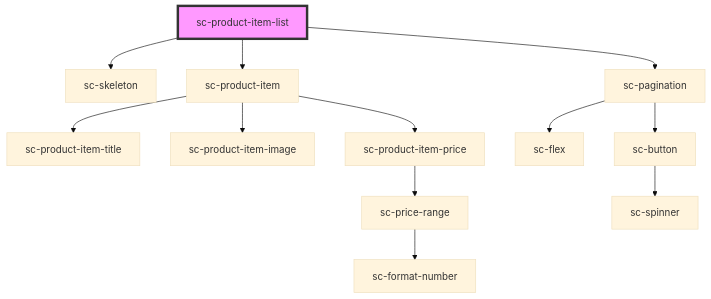
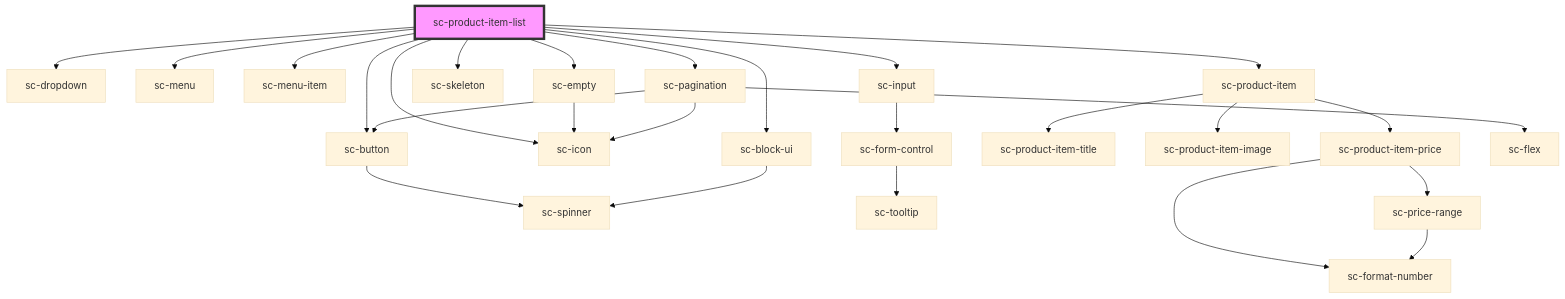
The diagram in packages/components/src/components/controllers/products/sc-product-item-list/readme.md (surecart/surecart-wp-plugin), drawn with Mermaid (base theme) before and after one commit. The commit also changed other lines of this file and 45 other files, not shown here.

````diff
--- a/packages/components/src/components/controllers/products/sc-product-item-list/readme.md
+++ b/packages/components/src/components/controllers/products/sc-product-item-list/readme.md
@@ -27,15 +41,29 @@
 ```mermaid
 graph TD;
+  sc-product-item-list --> sc-dropdown
+  sc-product-item-list --> sc-button
+  sc-product-item-list --> sc-menu
+  sc-product-item-list --> sc-menu-item
+  sc-product-item-list --> sc-input
+  sc-product-item-list --> sc-icon
+  sc-product-item-list --> sc-empty
   sc-product-item-list --> sc-skeleton
   sc-product-item-list --> sc-product-item
   sc-product-item-list --> sc-pagination
+  sc-product-item-list --> sc-block-ui
+  sc-button --> sc-spinner
+  sc-input --> sc-form-control
+  sc-form-control --> sc-tooltip
+  sc-empty --> sc-icon
   sc-product-item --> sc-product-item-title
   sc-product-item --> sc-product-item-image
   sc-product-item --> sc-product-item-price
+  sc-product-item-price --> sc-format-number
   sc-product-item-price --> sc-price-range
   sc-price-range --> sc-format-number
   sc-pagination --> sc-flex
   sc-pagination --> sc-button
-  sc-button --> sc-spinner
+  sc-pagination --> sc-icon
+  sc-block-ui --> sc-spinner
   style sc-product-item-list fill:#f9f,stroke:#333,stroke-width:4px
 ```
````
